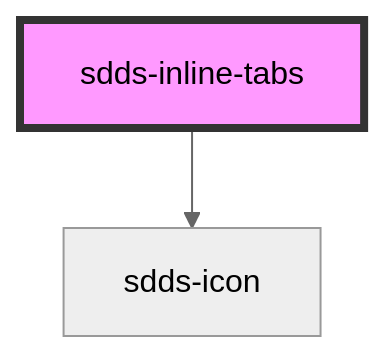
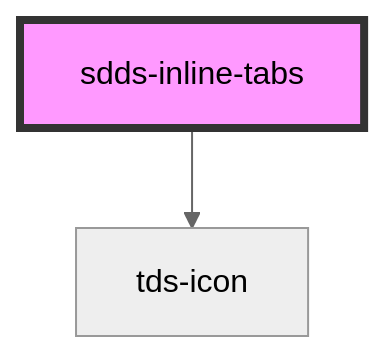
The diagram in core/src/components/tabs/inline-tabs/readme.md (scania-digital-design-system/tegel), drawn with Mermaid (neutral theme) before and after one commit. The commit also changed other lines of this file and 71 other files, not shown here.

````diff
--- a/core/src/components/tabs/inline-tabs/readme.md
+++ b/core/src/components/tabs/inline-tabs/readme.md
@@ -44,5 +44,5 @@
 ```mermaid
 graph TD;
-  sdds-inline-tabs --> sdds-icon
+  sdds-inline-tabs --> tds-icon
   style sdds-inline-tabs fill:#f9f,stroke:#333,stroke-width:4px
 ```
````
